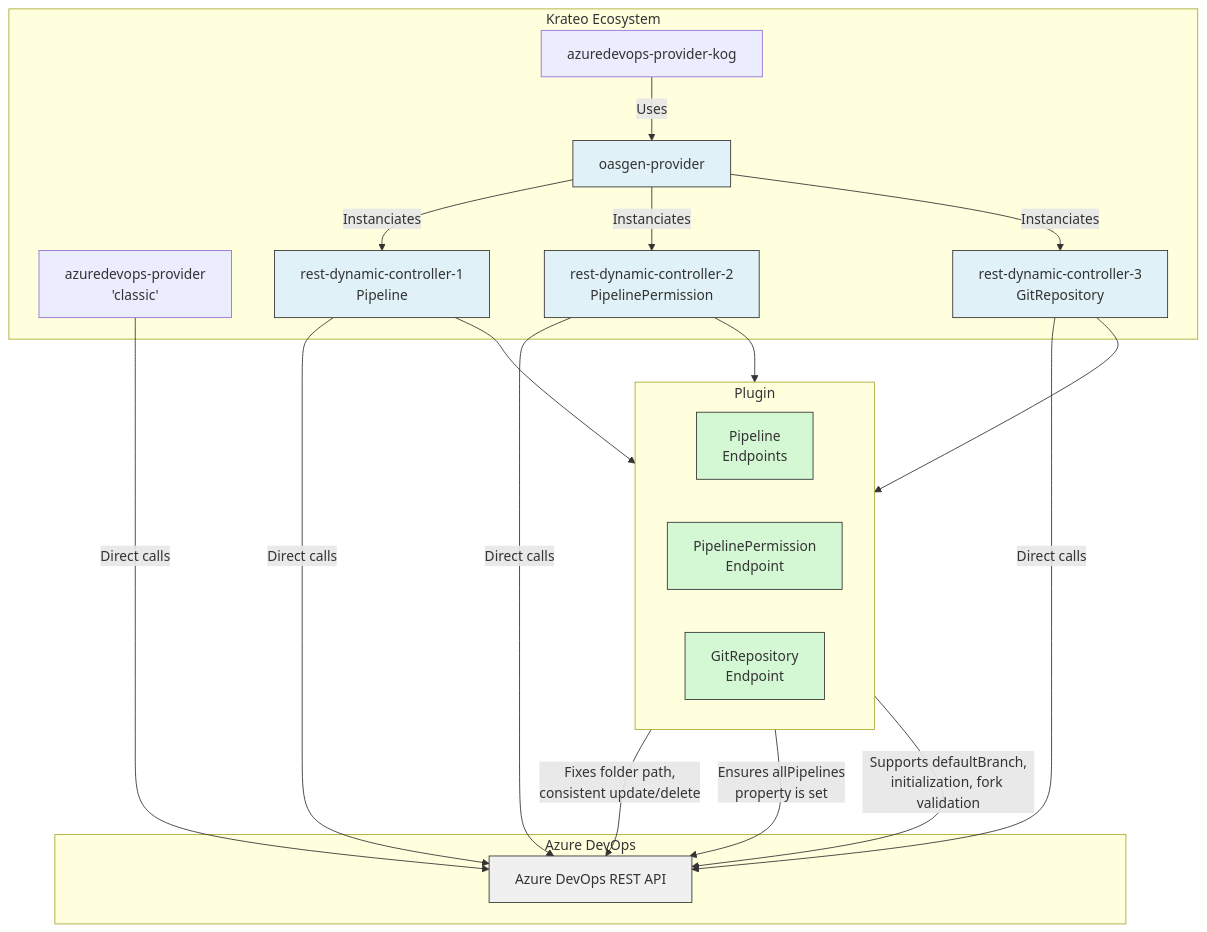
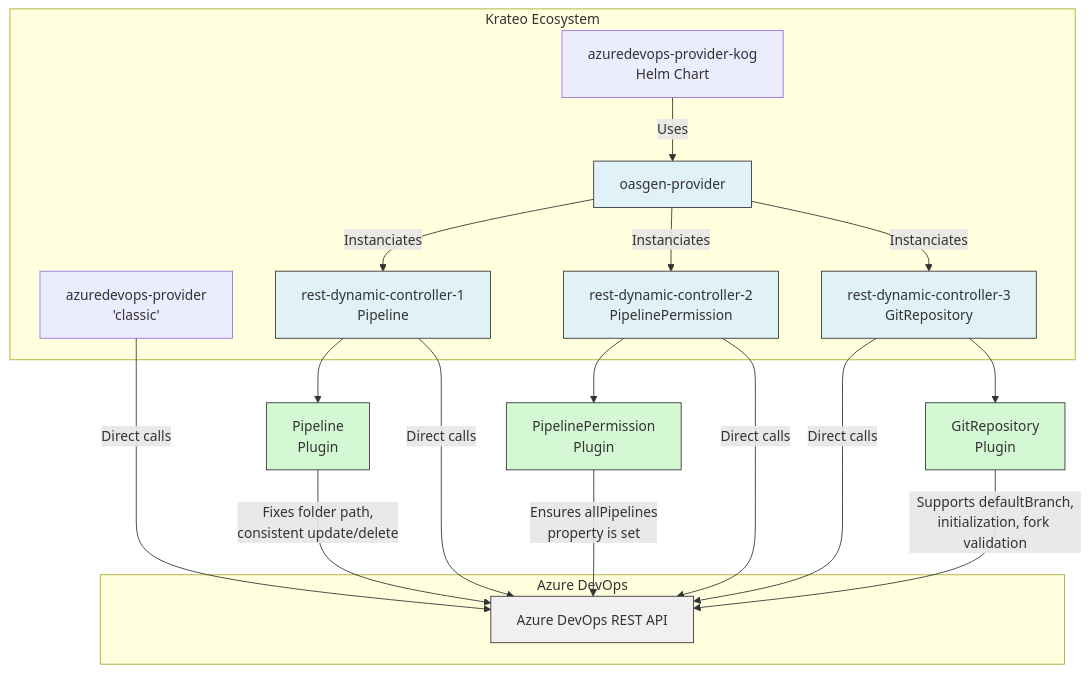
Before and after one commit to krateoplatformops-blueprints/azuredevops-provider-kog: the diagram in README.md, drawn with Mermaid. The commit also changed other lines of this file and 9 other files, not shown here.

````diff
--- a/README.md
+++ b/README.md
@@ -45,55 +48,52 @@
 ```mermaid
 graph TD
     %% Define node order early to influence layout
 
     APC -- Direct calls --> ADO_API
 
     APC_KOG -- Uses --> KOG
 
     KOG -- Instanciates --> RDC1
     KOG -- Instanciates --> RDC2
     KOG -- Instanciates --> RDC3
 
     RDC1 --> Pipeline
     RDC1 -- Direct calls --> ADO_API
 
     RDC2 --> PipelinePermission
     RDC2 -- Direct calls --> ADO_API
     
     RDC3 -- Direct calls --> ADO_API
     RDC3 --> GitRepository
 
     Pipeline -- "Fixes folder path,<br>consistent update/delete" --> ADO_API
     PipelinePermission -- "Ensures allPipelines<br>property is set" --> ADO_API
     GitRepository -- "Supports defaultBranch,<br>initialization, fork validation" --> ADO_API
 
     subgraph Krateo Ecosystem
         APC[azuredevops-provider <br> 'classic']
-        APC_KOG[azuredevops-provider-kog]
+        APC_KOG[azuredevops-provider-kog <br> Helm Chart]
         KOG[oasgen-provider]
         RDC1[rest-dynamic-controller-1 <br> Pipeline]
         RDC2[rest-dynamic-controller-2 <br> PipelinePermission]
         RDC3[rest-dynamic-controller-3 <br> GitRepository]
     end
 
-    subgraph "Plugin"
-        direction LR
-        Pipeline[Pipeline<br>Endpoints]
-        PipelinePermission[PipelinePermission<br>Endpoint]
-        GitRepository[GitRepository<br>Endpoint]
-    end
+    Pipeline[Pipeline<br>Plugin]
+    PipelinePermission[PipelinePermission<br>Plugin]
+    GitRepository[GitRepository<br>Plugin]
 
     subgraph Azure DevOps
         ADO_API[Azure DevOps REST API]
     end
 
     %% Styling
     style RDC1 fill:#e0f2f7,stroke:#333,stroke-width:1px
     style RDC2 fill:#e0f2f7,stroke:#333,stroke-width:1px
     style RDC3 fill:#e0f2f7,stroke:#333,stroke-width:1px
     style KOG fill:#e0f2f7,stroke:#333,stroke-width:1px
     style ADO_API fill:#f0f0f0,stroke:#333,stroke-width:1px
     style Pipeline fill:#d4f8d4,stroke:#333,stroke-width:1px
     style PipelinePermission fill:#d4f8d4,stroke:#333,stroke-width:1px
     style GitRepository fill:#d4f8d4,stroke:#333,stroke-width:1px
 ```
````
